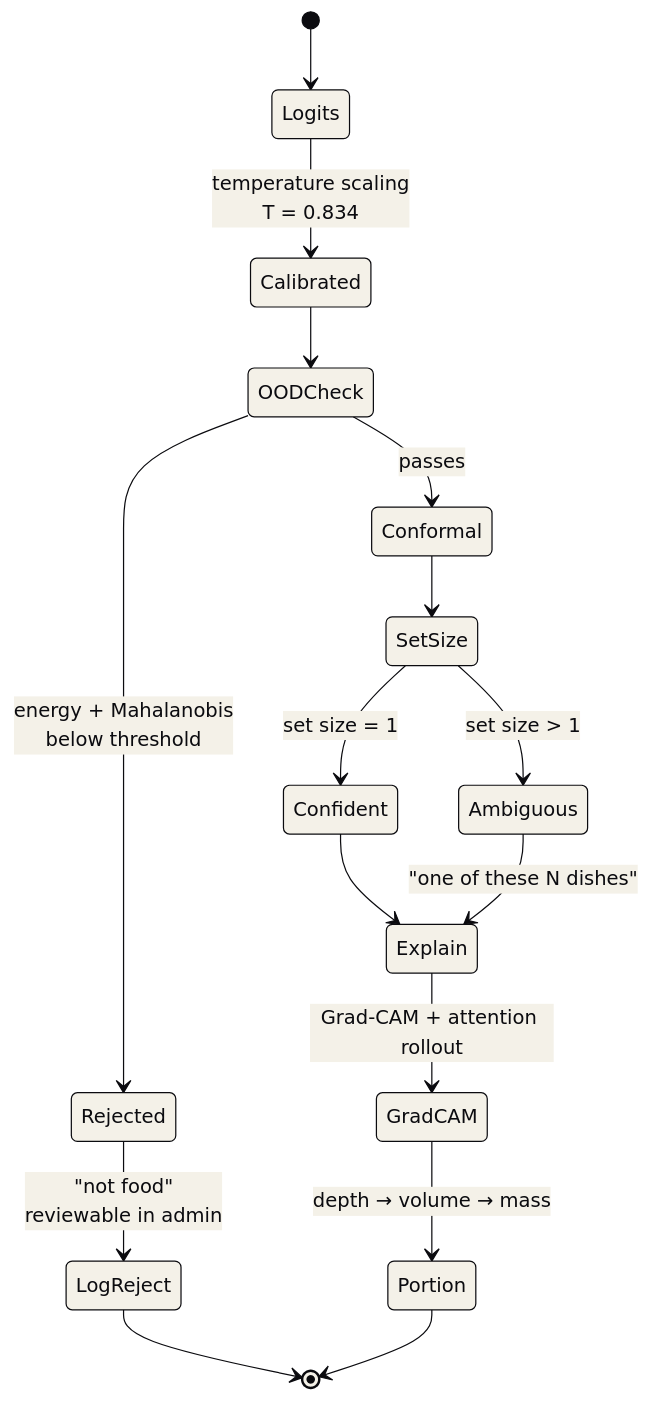
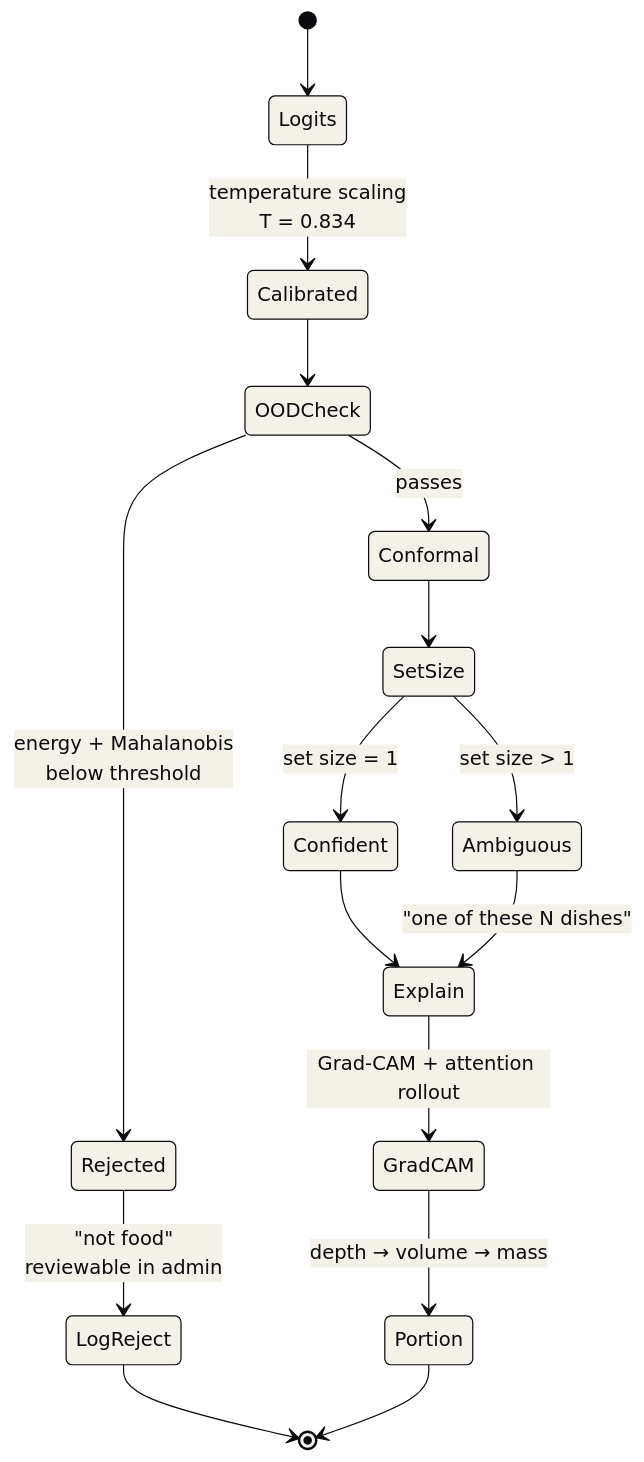
Before and after one commit to A-K-M-Asifuzzaman/Food: the seventh of 11 diagrams in docs/architecture.md, drawn with Mermaid. The commit also changed other lines of this file, not shown here.

First line of the commit message:
Fix diagram legibility: text clipping and layout

````diff
--- a/docs/architecture.md
+++ b/docs/architecture.md
@@ -273,25 +260,25 @@
 ```mermaid
-%%{init: {'theme':'base','themeVariables':{'fontFamily':'ui-sans-serif, system-ui, -apple-system, sans-serif','primaryColor':'#F4F1E8','primaryTextColor':'#0B0B0F','primaryBorderColor':'#0B0B0F','lineColor':'#0B0B0F','clusterBkg':'#ECE7D9','clusterBorder':'#0B0B0F','edgeLabelBackground':'#F4F1E8','pie1':'#16A34A','pie2':'#E62429','pie3':'#1B4CE0','pie4':'#F5A524'}}}%%
+%%{init: {'theme':'base','themeVariables':{'fontFamily':'ui-sans-serif, system-ui, -apple-system, sans-serif','primaryColor':'#F4F1E8','primaryTextColor':'#0B0B0F','primaryBorderColor':'#0B0B0F','lineColor':'#0B0B0F','clusterBkg':'#ECE7D9','clusterBorder':'#0B0B0F','edgeLabelBackground':'#F4F1E8','pie1':'#16A34A','pie2':'#E62429','pie3':'#1B4CE0','pie4':'#F5A524'},'flowchart':{'padding':16,'nodeSpacing':45,'rankSpacing':55,'curve':'basis','htmlLabels':true}}}%%
 stateDiagram-v2
     [*] --> Logits
     Logits --> Calibrated : temperature scaling<br/>T = 0.834
 
     Calibrated --> OODCheck
     state OODCheck <<choice>>
     OODCheck --> Rejected : energy + Mahalanobis<br/>below threshold
     OODCheck --> Conformal : passes
 
     Rejected --> LogReject : "not food"<br/>reviewable in admin
     LogReject --> [*]
 
     Conformal --> SetSize
     state SetSize <<choice>>
     SetSize --> Confident : set size = 1
     SetSize --> Ambiguous : set size > 1
 
     Confident --> Explain
     Ambiguous --> Explain : "one of these N dishes"
     Explain --> GradCAM : Grad-CAM + attention rollout
     GradCAM --> Portion : depth → volume → mass
     Portion --> [*]
 ```
````
